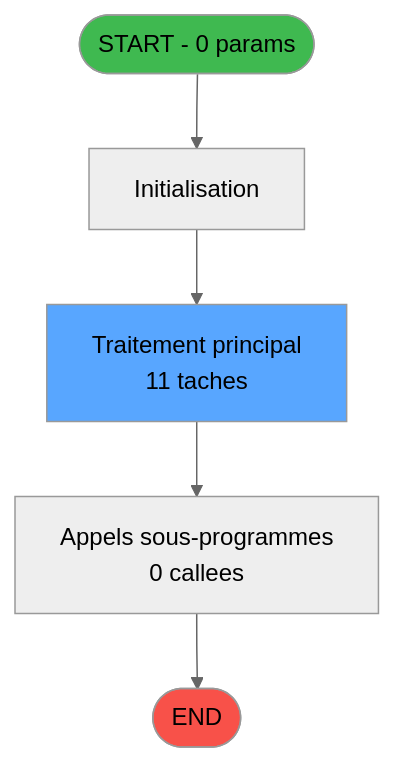
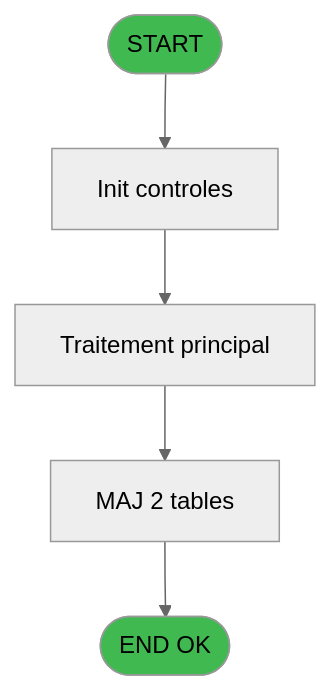
One commit to thonyAGP/magic-migration changed the first of 3 diagrams in .openspec/specs/ADH-IDE-30.md. Above: the diagram before and after it, drawn with Mermaid (neutral theme). The commit also changed other lines of this file and 253 other files, not shown here.

````diff
--- a/.openspec/specs/ADH-IDE-30.md
+++ b/.openspec/specs/ADH-IDE-30.md
@@ -86,14 +192,14 @@
 ```mermaid
 flowchart TD
-    START([START - 0 params])
-    INIT["Initialisation"]
-    PROCESS["Traitement principal<br/>11 taches"]
-    CALLS["Appels sous-programmes<br/>0 callees"]
-    ENDOK([END])
+    START([START])
+    INIT[Init controles]
+    SAISIE[Traitement principal]
+    UPDATE[MAJ 2 tables]
+    ENDOK([END OK])
 
-    START --> INIT --> PROCESS --> CALLS --> ENDOK
+    START --> INIT --> SAISIE
+    SAISIE --> UPDATE --> ENDOK
 
-    style START fill:#3fb950
-    style ENDOK fill:#f85149
-    style PROCESS fill:#58a6ff
+    style START fill:#3fb950,color:#000
+    style ENDOK fill:#3fb950,color:#000
 ```
````
